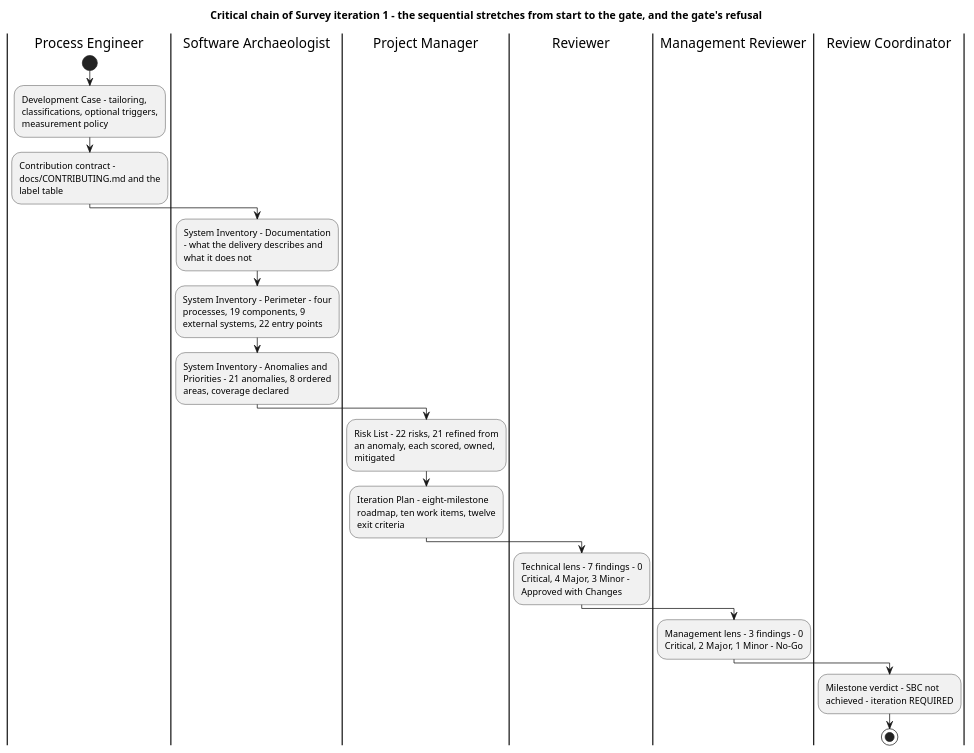
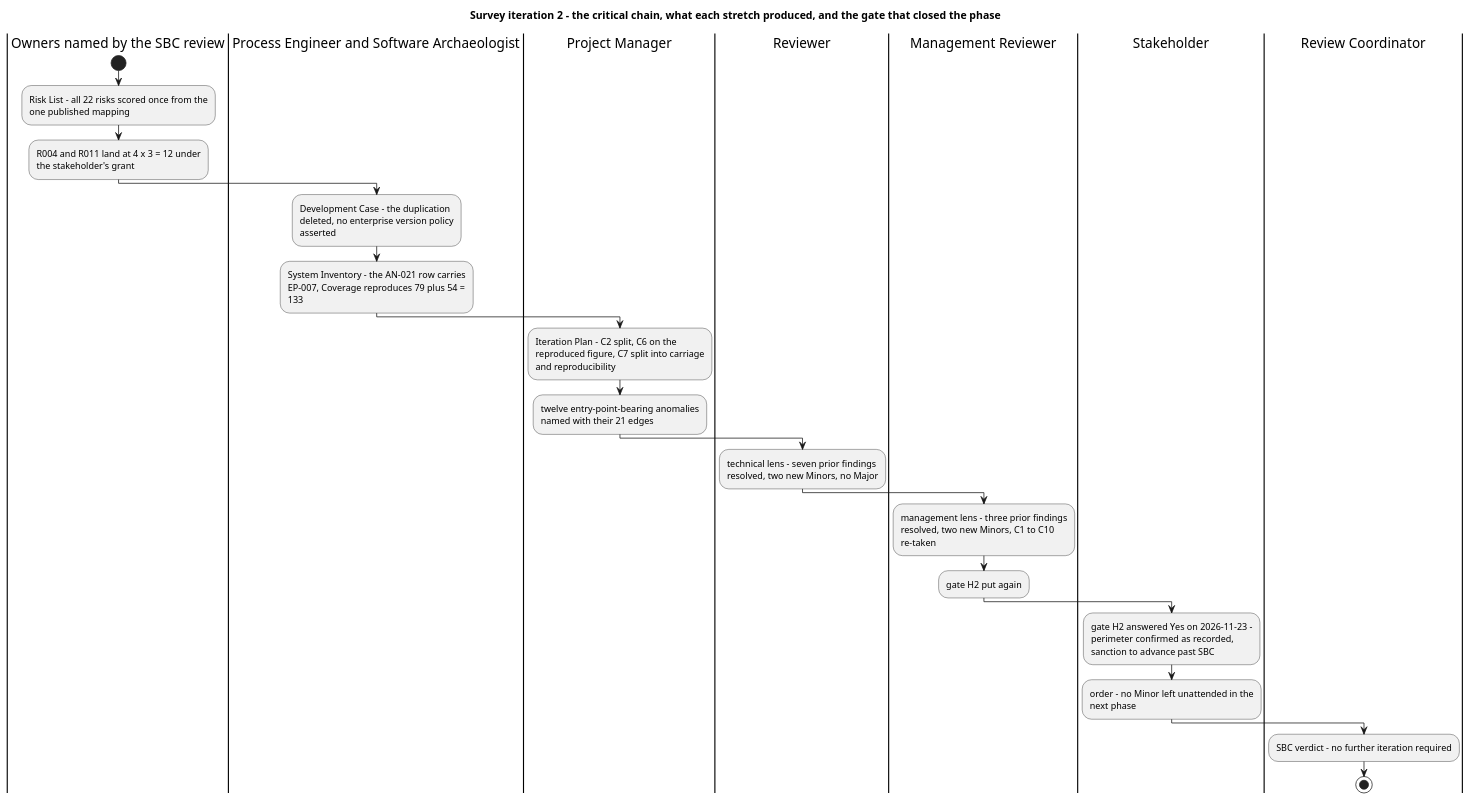
One commit to banense-test/TodoApp changed the second of 4 diagrams in docs/artifacts/project-management/iteration-assessment.md. Above: the diagram before and after it, drawn with PlantUML. The commit also changed other lines of this file, not shown here.

First line of the commit message:
Project Manager [Survey2]: upsert Iteration Assessment

````diff
--- a/docs/artifacts/project-management/iteration-assessment.md
+++ b/docs/artifacts/project-management/iteration-assessment.md
@@ -105,32 +105,29 @@
 ```plantuml
 @startuml
-title Critical chain of Survey iteration 1 - the sequential stretches from start to the gate, and the gate's refusal
+title Survey iteration 2 - the critical chain, what each stretch produced, and the gate that closed the phase
+skinparam shadowing false
+skinparam wrapWidth 240
 
-skinparam shadowing false
-skinparam wrapWidth 200
-
-|Process Engineer|
+|Owners named by the SBC review|
 start
-:Development Case - tailoring, classifications, optional triggers, measurement policy;
-:Contribution contract - docs/CONTRIBUTING.md and the label table;
-
-|Software Archaeologist|
-:System Inventory - Documentation - what the delivery describes and what it does not;
-:System Inventory - Perimeter - four processes, 19 components, 9 external systems, 22 entry points;
-:System Inventory - Anomalies and Priorities - 21 anomalies, 8 ordered areas, coverage declared;
-
+:Risk List - all 22 risks scored once from the one published mapping;
+:R004 and R011 land at 4 x 3 = 12 under the stakeholder's grant;
+|Process Engineer and Software Archaeologist|
+:Development Case - the duplication deleted, no enterprise version policy asserted;
+:System Inventory - the AN-021 row carries EP-007, Coverage reproduces 79 plus 54 = 133;
 |Project Manager|
-:Risk List - 22 risks, 21 refined from an anomaly, each scored, owned, mitigated;
-:Iteration Plan - eight-milestone roadmap, ten work items, twelve exit criteria;
-
+:Iteration Plan - C2 split, C6 on the reproduced figure, C7 split into carriage and reproducibility;
+:twelve entry-point-bearing anomalies named with their 21 edges;
 |Reviewer|
-:Technical lens - 7 findings - 0 Critical, 4 Major, 3 Minor - Approved with Changes;
-
+:technical lens - seven prior findings resolved, two new Minors, no Major;
 |Management Reviewer|
-:Management lens - 3 findings - 0 Critical, 2 Major, 1 Minor - No-Go;
-
+:management lens - three prior findings resolved, two new Minors, C1 to C10 re-taken;
+:gate H2 put again;
+|Stakeholder|
+:gate H2 answered Yes on 2026-11-23 - perimeter confirmed as recorded, sanction to advance past SBC;
+:order - no Minor left unattended in the next phase;
 |Review Coordinator|
-:Milestone verdict - SBC not achieved - iteration REQUIRED;
+:SBC verdict - no further iteration required;
 stop
 @enduml
 ```
````
